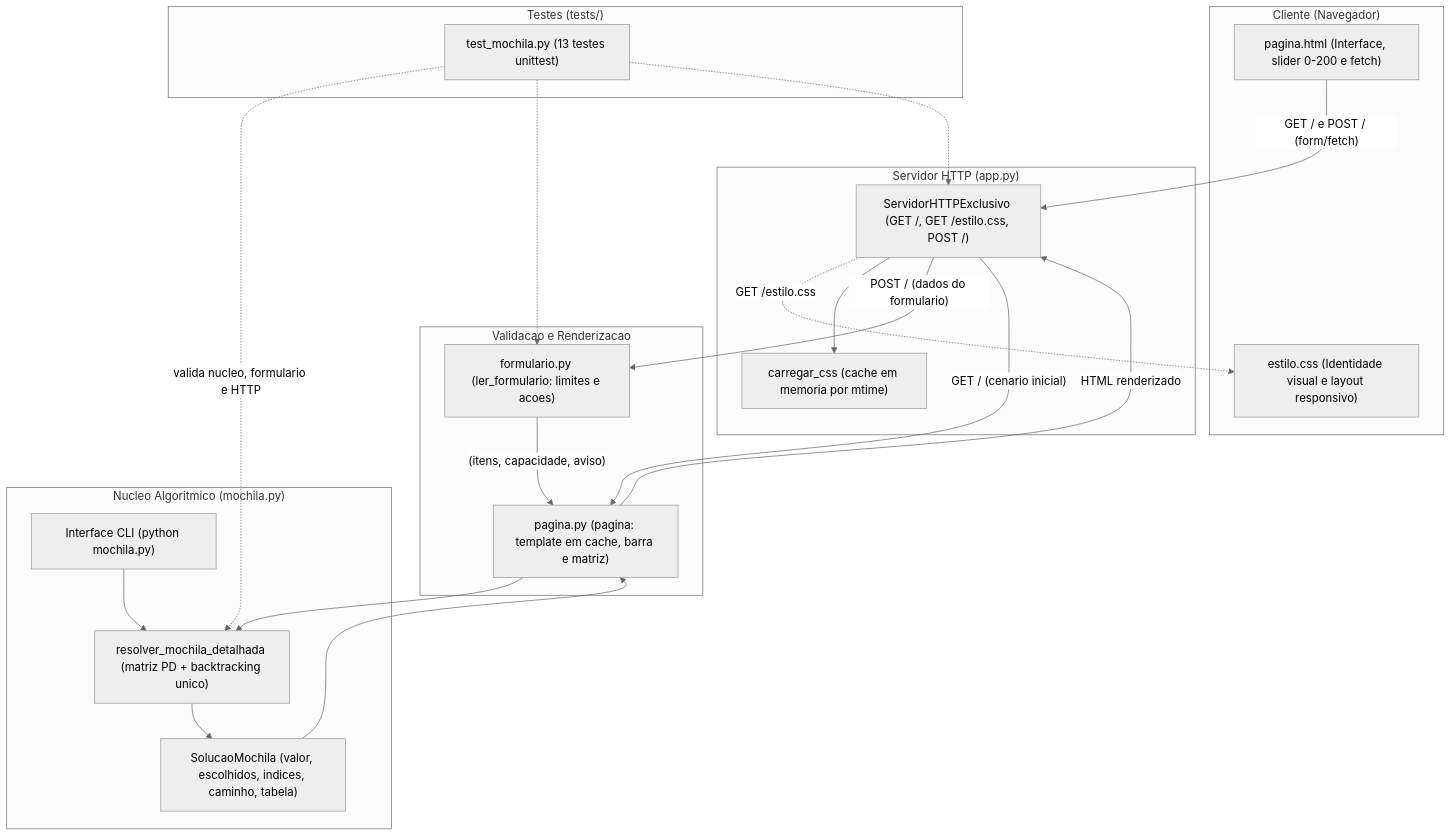
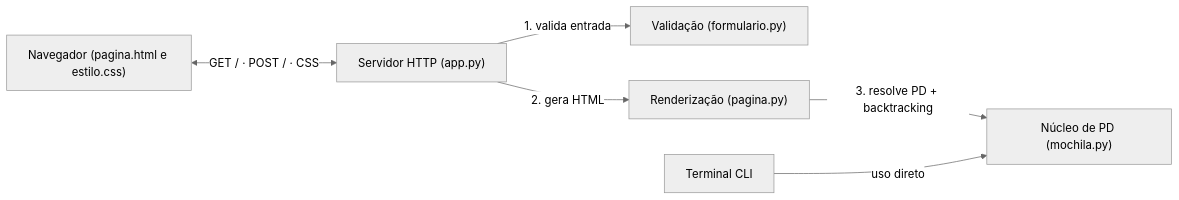
One commit to felpsrib/mochila-01-python changed the diagram in README.md. Above: the diagram before and after it, drawn with Mermaid (neutral theme).

Commit message:
Simplifica diagrama de arquitetura para layout horizontal compacto

````diff
--- a/README.md
+++ b/README.md
@@ -63,42 +63,15 @@
 ```mermaid
-flowchart TD
-  subgraph Cliente["Cliente (Navegador)"]
-    HTML["pagina.html (Interface, slider 0-200 e fetch)"]
-    CSS["estilo.css (Identidade visual e layout responsivo)"]
-  end
+flowchart LR
+  UI["Navegador (pagina.html e estilo.css)"]
+  APP["Servidor HTTP (app.py)"]
+  FORM["Validação (formulario.py)"]
+  PAGE["Renderização (pagina.py)"]
+  CORE["Núcleo de PD (mochila.py)"]
+  CLI["Terminal CLI"]
 
-  subgraph Servidor["Servidor HTTP (app.py)"]
-    HTTP["ServidorHTTPExclusivo (GET /, GET /estilo.css, POST /)"]
-    CacheCSS["carregar_css (cache em memoria por mtime)"]
-  end
-
-  subgraph Aplicacao["Validacao e Renderizacao"]
-    Form["formulario.py (ler_formulario: limites e acoes)"]
-    Page["pagina.py (pagina: template em cache, barra e matriz)"]
-  end
-
-  subgraph Nucleo["Nucleo Algoritmico (mochila.py)"]
-    DP["resolver_mochila_detalhada (matriz PD + backtracking unico)"]
-    Sol["SolucaoMochila (valor, escolhidos, indices, caminho, tabela)"]
-    CLI["Interface CLI (python mochila.py)"]
-  end
-
-  subgraph Qualidade["Testes (tests/)"]
-    Tests["test_mochila.py (13 testes unittest)"]
-  end
-
-  HTML -- "GET / e POST / (form/fetch)" --> HTTP
-  HTTP -. "GET /estilo.css" .-> CSS
-  HTTP --> CacheCSS
-  HTTP -- "POST / (dados do formulario)" --> Form
-  Form -- "(itens, capacidade, aviso)" --> Page
-  HTTP -- "GET / (cenario inicial)" --> Page
-  Page --> DP
-  DP --> Sol
-  Sol --> Page
-  Page -- "HTML renderizado" --> HTTP
-  CLI --> DP
-  Tests -. "valida nucleo, formulario e HTTP" .-> DP
-  Tests -.-> Form
-  Tests -.-> HTTP
+  UI <-->|"GET / · POST / · CSS"| APP
+  APP -->|"1. valida entrada"| FORM
+  APP -->|"2. gera HTML"| PAGE
+  PAGE -->|"3. resolve PD + backtracking"| CORE
+  CLI -->|"uso direto"| CORE
 ```
````
